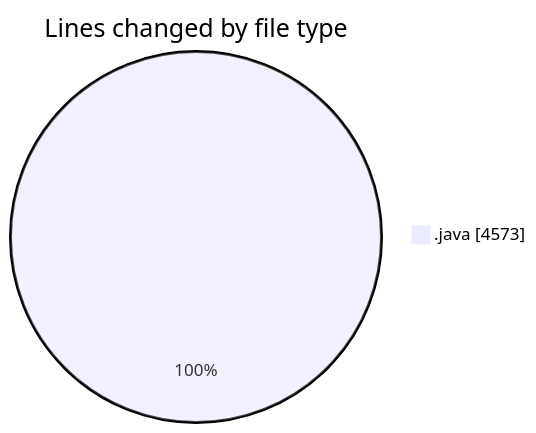
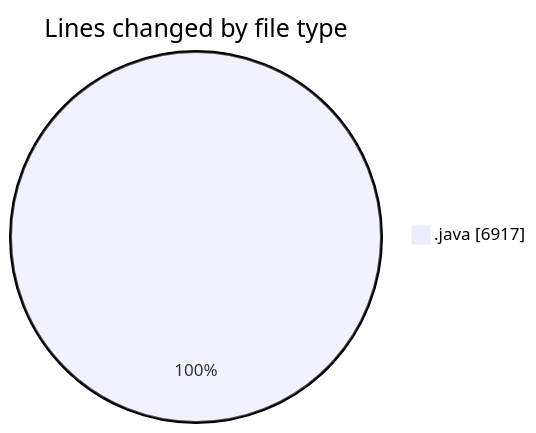
One commit to ricardozamudiocil/code-tracking changed the first of 2 diagrams in 2026-03-27/cilapp/README.md. Above: the diagram before and after it, drawn with Mermaid. The commit also changed other lines of this file and 1 other file, not shown here.

````diff
--- a/2026-03-27/cilapp/README.md
+++ b/2026-03-27/cilapp/README.md
@@ -21,5 +23,5 @@
 ```mermaid
 pie showData
 title Lines changed by file type
-".java" : 4573
+".java" : 6917
 ```
````
